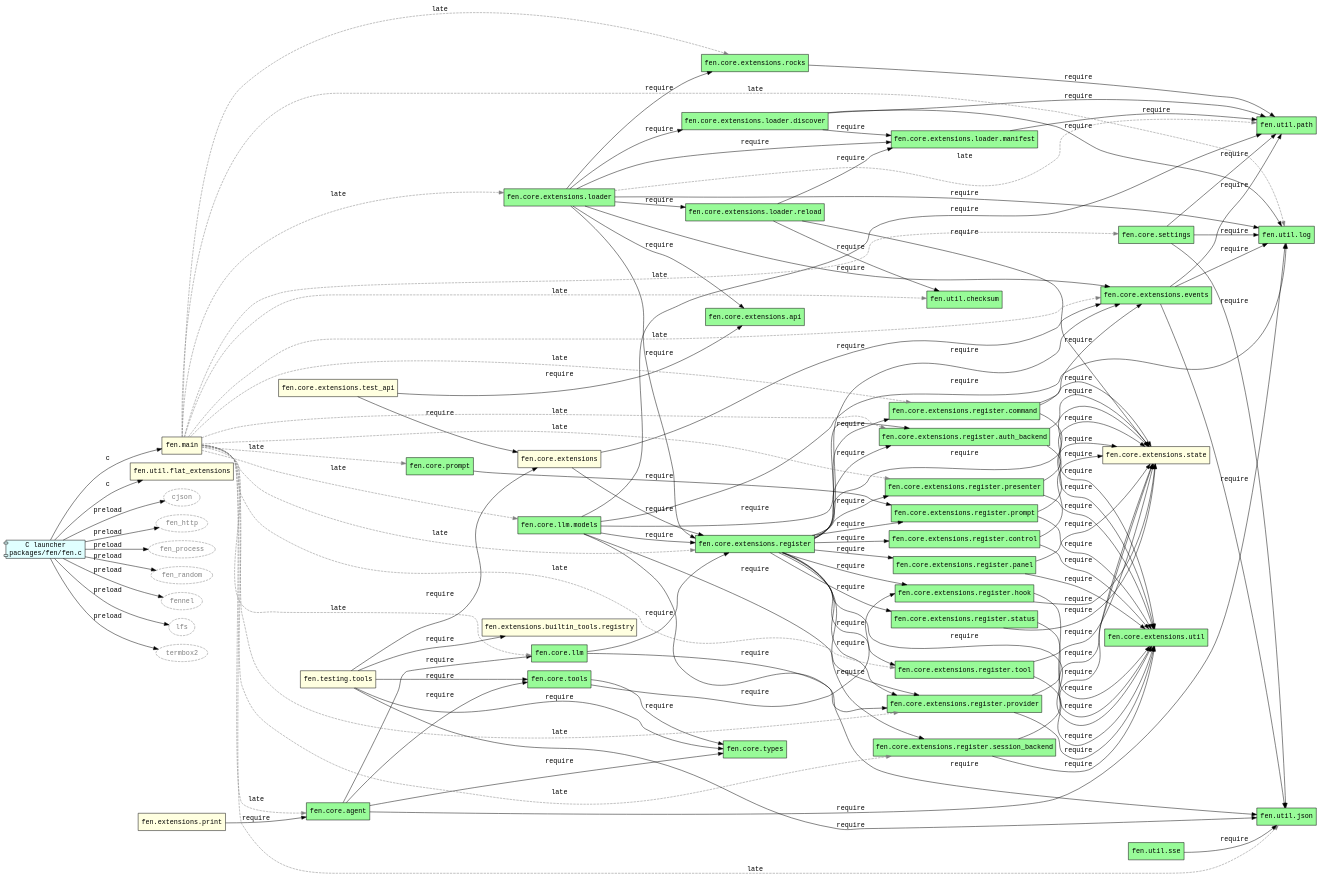
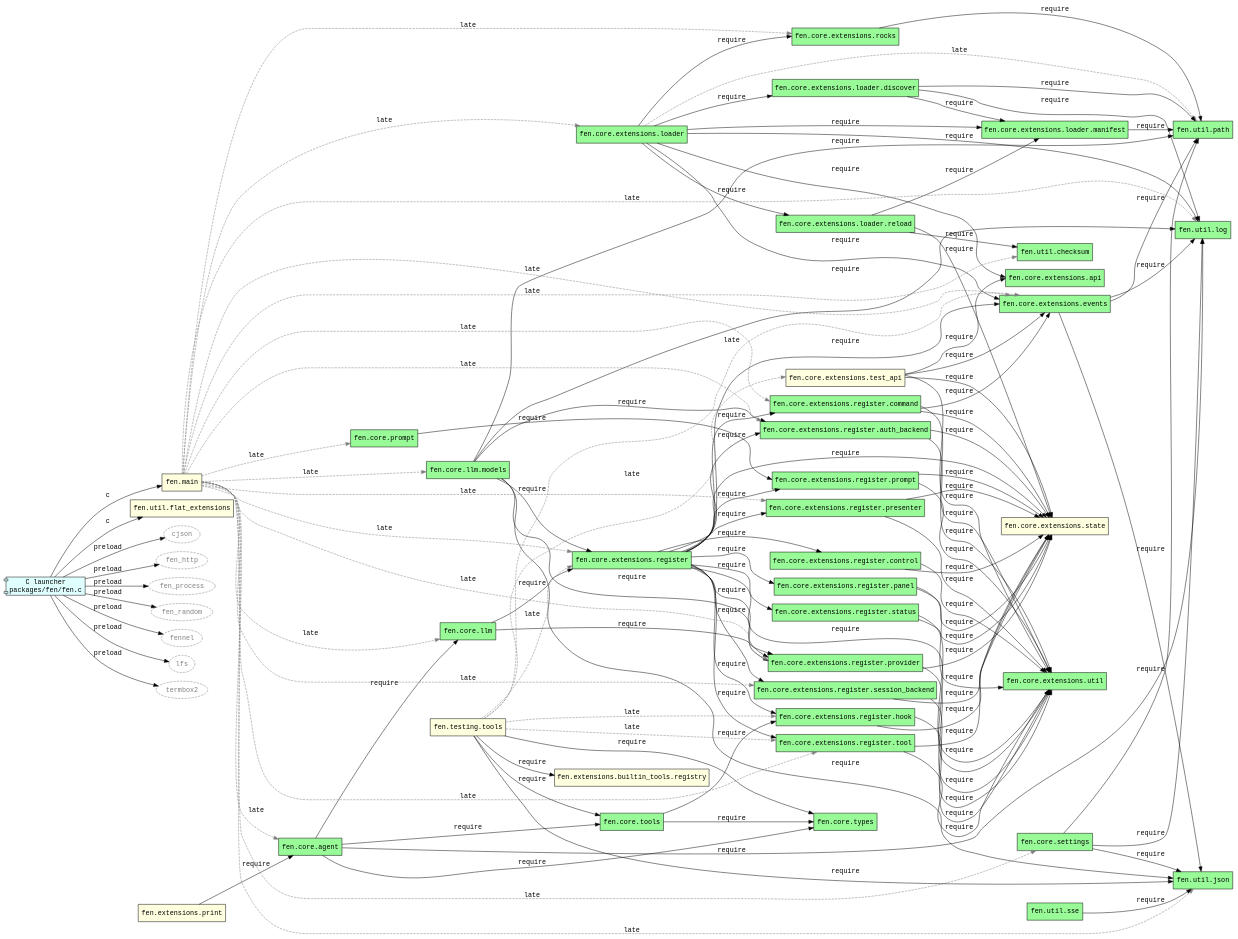
Before and after one commit to acmiyaguchi/fen: the diagram in docs/generated/graphs/extensions/print.dot, drawn with Graphviz. The commit also changed 39 other files, not shown here.

```diff
--- a/docs/generated/graphs/extensions/print.dot
+++ b/docs/generated/graphs/extensions/print.dot
@@ -4,7 +4,6 @@
   edge [fontname="monospace"];
   "c:packages/fen/fen.c" [fillcolor="lightcyan", label="C launcher\npackages/fen/fen.c", shape="component", style="filled", tooltip="packages/fen/fen.c"];
   "fen.core.agent" [fillcolor="palegreen", label="fen.core.agent", style="filled", tooltip="packages/core/src/fen/core/agent.fnl reloadable"];
-  "fen.core.extensions" [fillcolor="lightyellow", label="fen.core.extensions", style="filled", tooltip="packages/core/src/fen/core/extensions/init.fnl persistent"];
   "fen.core.extensions.api" [fillcolor="palegreen", label="fen.core.extensions.api", style="filled", tooltip="packages/core/src/fen/core/extensions/api.fnl reloadable"];
   "fen.core.extensions.events" [fillcolor="palegreen", label="fen.core.extensions.events", style="filled", tooltip="packages/core/src/fen/core/extensions/events.fnl reloadable"];
   "fen.core.extensions.loader" [fillcolor="palegreen", label="fen.core.extensions.loader", style="filled", tooltip="packages/core/src/fen/core/extensions/loader/init.fnl reloadable"];
@@ -63,8 +62,6 @@
   "fen.core.agent" -> "fen.core.tools" [label="require"];
   "fen.core.agent" -> "fen.core.types" [label="require"];
   "fen.core.agent" -> "fen.util.log" [label="require"];
-  "fen.core.extensions" -> "fen.core.extensions.events" [label="require"];
-  "fen.core.extensions" -> "fen.core.extensions.register" [label="require"];
   "fen.core.extensions.events" -> "fen.util.json" [label="require"];
   "fen.core.extensions.events" -> "fen.util.log" [label="require"];
   "fen.core.extensions.events" -> "fen.util.path" [label="require"];
@@ -73,7 +70,6 @@
   "fen.core.extensions.loader" -> "fen.core.extensions.loader.discover" [label="require"];
   "fen.core.extensions.loader" -> "fen.core.extensions.loader.manifest" [label="require"];
   "fen.core.extensions.loader" -> "fen.core.extensions.loader.reload" [label="require"];
-  "fen.core.extensions.loader" -> "fen.core.extensions.register" [label="require"];
   "fen.core.extensions.loader" -> "fen.core.extensions.rocks" [label="require"];
   "fen.core.extensions.loader" -> "fen.util.log" [label="require"];
   "fen.core.extensions.loader" -> "fen.util.path" [color="gray50", label="late", style="dashed"];
@@ -122,8 +118,10 @@
   "fen.core.extensions.register.tool" -> "fen.core.extensions.state" [label="require"];
   "fen.core.extensions.register.tool" -> "fen.core.extensions.util" [label="require"];
   "fen.core.extensions.rocks" -> "fen.util.path" [label="require"];
-  "fen.core.extensions.test_api" -> "fen.core.extensions" [label="require"];
   "fen.core.extensions.test_api" -> "fen.core.extensions.api" [label="require"];
+  "fen.core.extensions.test_api" -> "fen.core.extensions.events" [label="require"];
+  "fen.core.extensions.test_api" -> "fen.core.extensions.state" [label="require"];
+  "fen.core.extensions.test_api" -> "fen.core.extensions.util" [label="require"];
   "fen.core.llm" -> "fen.core.extensions.register" [label="require"];
   "fen.core.llm" -> "fen.core.extensions.register.provider" [label="require"];
   "fen.core.llm.models" -> "fen.core.extensions.register" [label="require"];
@@ -157,7 +155,11 @@
   "fen.main" -> "fen.util.checksum" [color="gray50", label="late", style="dashed"];
   "fen.main" -> "fen.util.json" [color="gray50", label="late", style="dashed"];
   "fen.main" -> "fen.util.log" [color="gray50", label="late", style="dashed"];
-  "fen.testing.tools" -> "fen.core.extensions" [label="require"];
+  "fen.testing.tools" -> "fen.core.extensions.events" [color="gray50", label="late", style="dashed"];
+  "fen.testing.tools" -> "fen.core.extensions.register" [color="gray50", label="late", style="dashed"];
+  "fen.testing.tools" -> "fen.core.extensions.register.hook" [color="gray50", label="late", style="dashed"];
+  "fen.testing.tools" -> "fen.core.extensions.register.tool" [color="gray50", label="late", style="dashed"];
+  "fen.testing.tools" -> "fen.core.extensions.test_api" [color="gray50", label="late", style="dashed"];
   "fen.testing.tools" -> "fen.core.tools" [label="require"];
   "fen.testing.tools" -> "fen.core.types" [label="require"];
   "fen.testing.tools" -> "fen.extensions.builtin_tools.registry" [label="require"];
```
